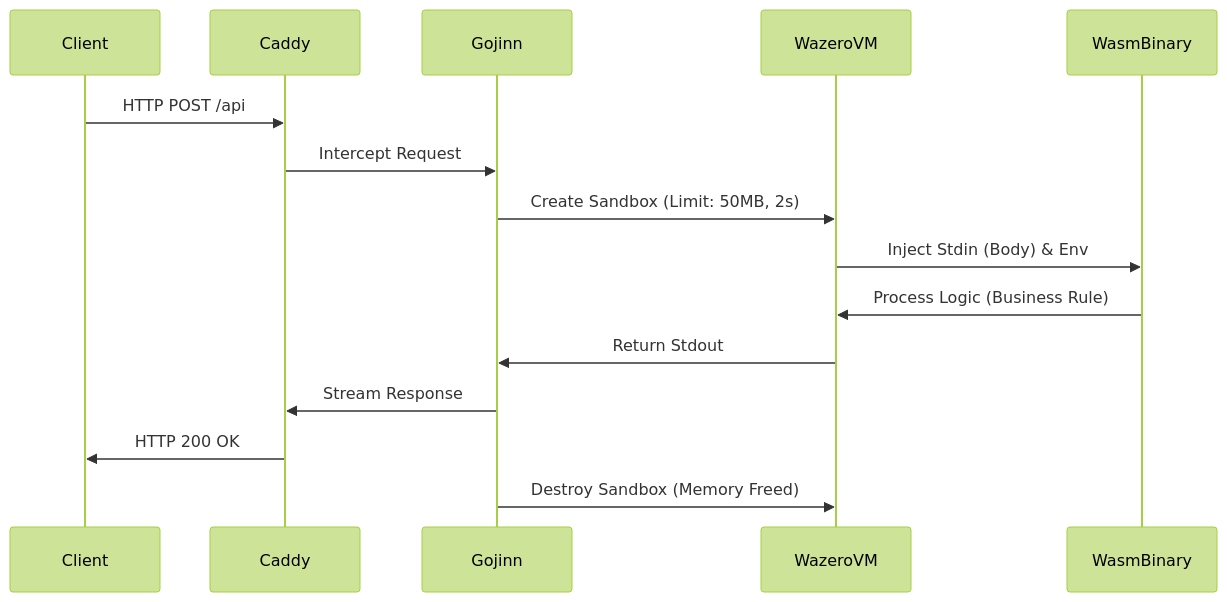
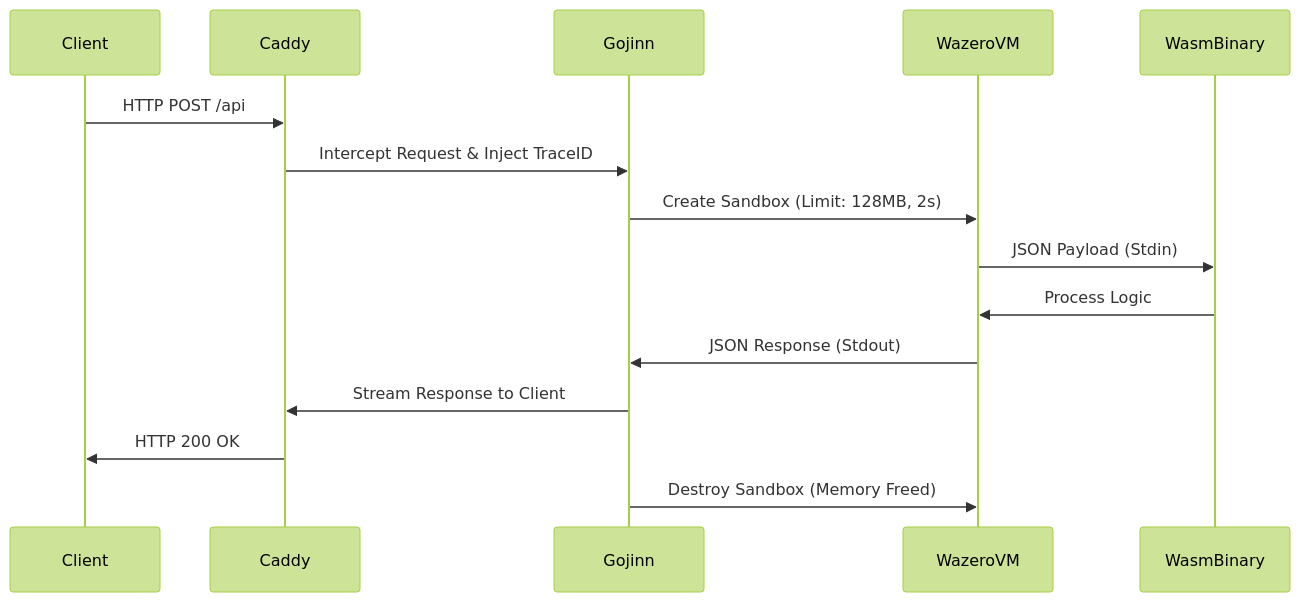
Before and after one commit to pauloappbr/gojinn: the diagram in README.md, drawn with Mermaid (forest theme). The commit also changed other lines of this file, not shown here.

Commit message:
docs: update readme with phase 2 specs (metrics, json contract, limits)

````diff
--- a/README.md
+++ b/README.md
@@ -76,12 +45,12 @@
 ```mermaid
 sequenceDiagram
     Client->>Caddy: HTTP POST /api
-    Caddy->>Gojinn: Intercept Request
-    Gojinn->>WazeroVM: Create Sandbox (Limit: 50MB, 2s)
-    WazeroVM->>WasmBinary: Inject Stdin (Body) & Env
-    WasmBinary->>WazeroVM: Process Logic (Business Rule)
-    WazeroVM->>Gojinn: Return Stdout
-    Gojinn->>Caddy: Stream Response
+    Caddy->>Gojinn: Intercept Request & Inject TraceID
+    Gojinn->>WazeroVM: Create Sandbox (Limit: 128MB, 2s)
+    WazeroVM->>WasmBinary: JSON Payload (Stdin)
+    WasmBinary->>WazeroVM: Process Logic
+    WazeroVM->>Gojinn: JSON Response (Stdout)
+    Gojinn->>Caddy: Stream Response to Client
     Caddy->>Client: HTTP 200 OK
     Gojinn->>WazeroVM: Destroy Sandbox (Memory Freed)
 ```
````
